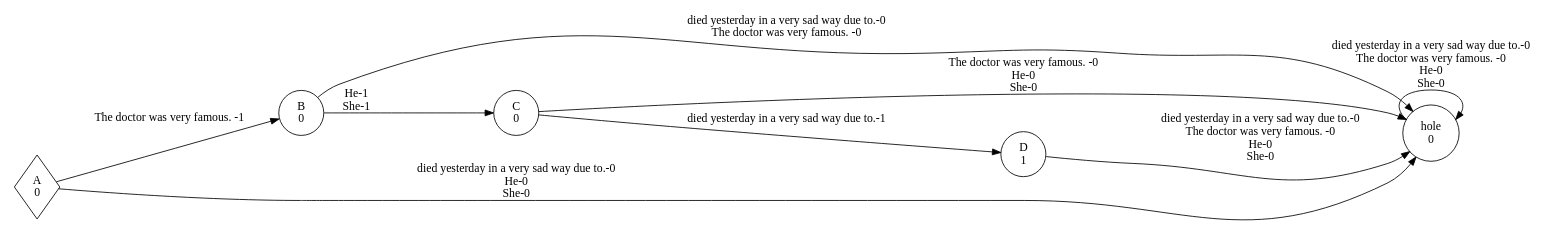
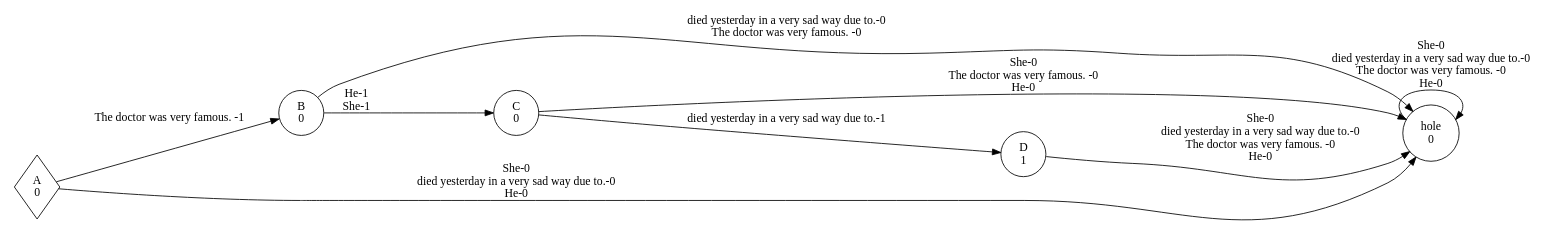
The diagram in EXPERIMENT_doctor_post_branching/DOCTOR_WFA_9.dot (kidnixt/pdfa_extraction), drawn with Graphviz before and after one commit. The commit also changed 31 other files, not shown here.

```diff
--- a/EXPERIMENT_doctor_post_branching/DOCTOR_WFA_9.dot
+++ b/EXPERIMENT_doctor_post_branching/DOCTOR_WFA_9.dot
@@ -1,34 +1,34 @@
 digraph weighted_automaton {
 	margin=0 rankdir=LR size=15
 	node [shape=circle]
 	A [label="A
 0" shape=diamond]
 	A -> B [label="The doctor was very famous. -1"]
-	A -> hole [label="died yesterday in a very sad way due to.-0
-He-0
-She-0"]
+	A -> hole [label="She-0
+died yesterday in a very sad way due to.-0
+He-0"]
 	B [label="B
 0"]
 	B -> C [label="He-1
 She-1"]
 	B -> hole [label="died yesterday in a very sad way due to.-0
 The doctor was very famous. -0"]
 	C [label="C
 0"]
 	C -> D [label="died yesterday in a very sad way due to.-1"]
-	C -> hole [label="The doctor was very famous. -0
-He-0
-She-0"]
+	C -> hole [label="She-0
+The doctor was very famous. -0
+He-0"]
 	D [label="D
 1"]
-	D -> hole [label="died yesterday in a very sad way due to.-0
+	D -> hole [label="She-0
+died yesterday in a very sad way due to.-0
 The doctor was very famous. -0
-He-0
-She-0"]
+He-0"]
 	hole [label="hole
 0"]
-	hole -> hole [label="died yesterday in a very sad way due to.-0
+	hole -> hole [label="She-0
+died yesterday in a very sad way due to.-0
 The doctor was very famous. -0
-He-0
-She-0"]
+He-0"]
 }
```
